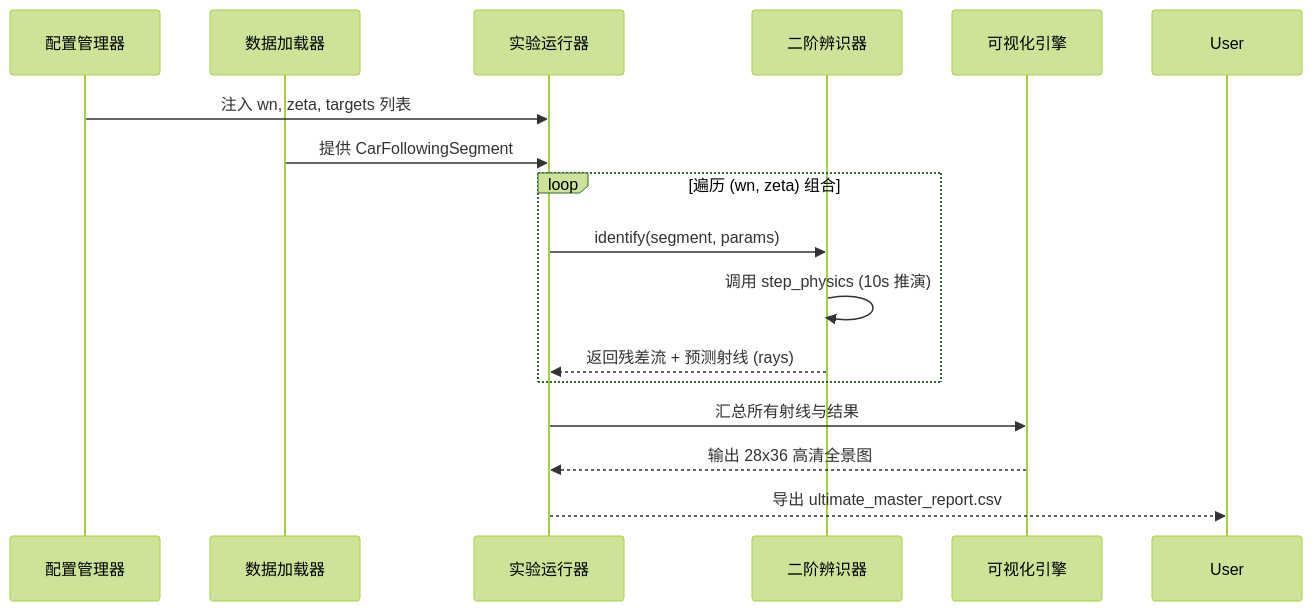
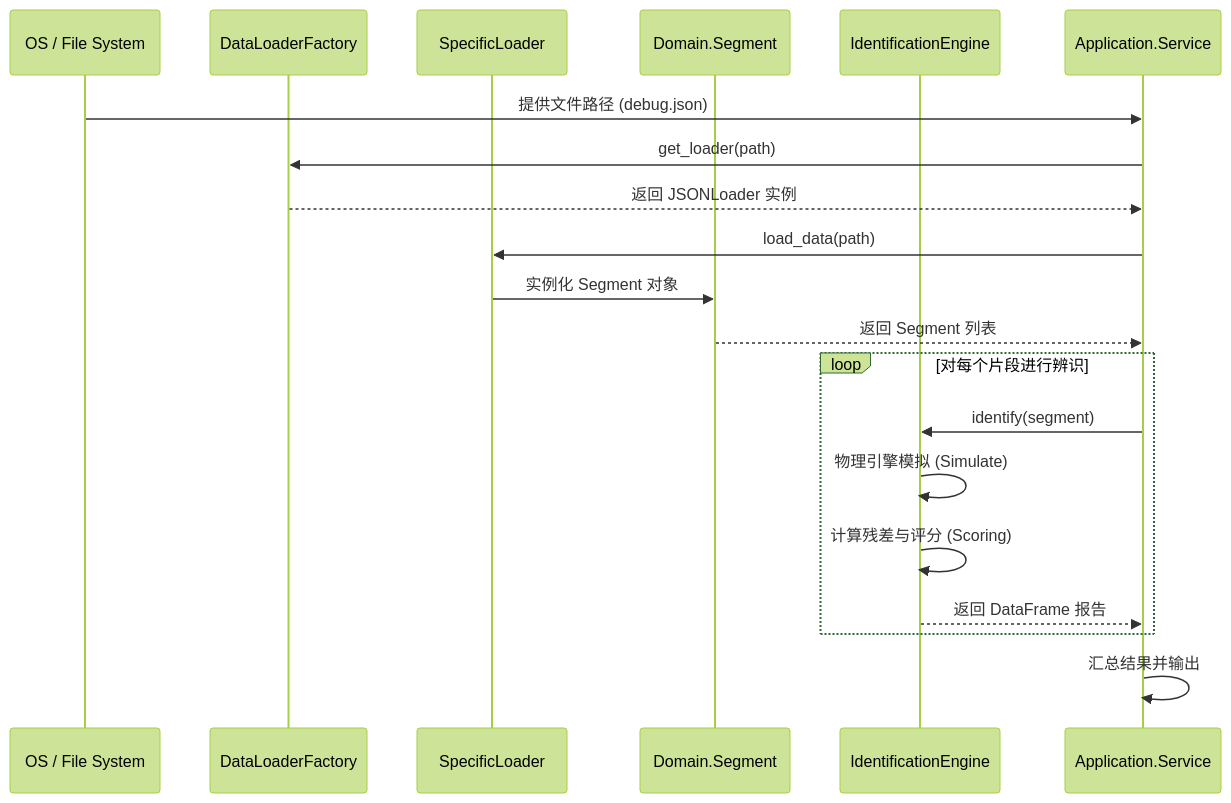
One commit to pokemonAndCodeMaster/DriveStyle changed the second of 2 diagrams in .mini-wiki/wiki/architecture.md. Above: the diagram before and after it, drawn with Mermaid (forest theme). The commit also changed other lines of this file and 12 other files, not shown here.

````diff
--- a/.mini-wiki/wiki/architecture.md
+++ b/.mini-wiki/wiki/architecture.md
@@ -30,21 +120,23 @@
 ```mermaid
 sequenceDiagram
-    participant Config as 配置管理器
-    participant Data as 数据加载器
-    participant Runner as 实验运行器
-    participant Algo as 二阶辨识器
-    participant Viz as 可视化引擎
+    participant OS as OS / File System
+    participant Factory as DataLoaderFactory
+    participant Loader as SpecificLoader
+    participant Segment as Domain.Segment
+    participant Engine as IdentificationEngine
+    participant Service as Application.Service
 
-    Config->>Runner: 注入 wn, zeta, targets 列表
-    Data->>Runner: 提供 CarFollowingSegment
-    
-    loop 遍历 (wn, zeta) 组合
-        Runner->>Algo: identify(segment, params)
-        Algo->>Algo: 调用 step_physics (10s 推演)
-        Algo-->>Runner: 返回残差流 + 预测射线 (rays)
+    OS ->> Service: 提供文件路径 (debug.json)
+    Service ->> Factory: get_loader(path)
+    Factory -->> Service: 返回 JSONLoader 实例
+    Service ->> Loader: load_data(path)
+    Loader ->> Segment: 实例化 Segment 对象
+    Segment -->> Service: 返回 Segment 列表
+    loop 对每个片段进行辨识
+        Service ->> Engine: identify(segment)
+        Engine ->> Engine: 物理引擎模拟 (Simulate)
+        Engine ->> Engine: 计算残差与评分 (Scoring)
+        Engine -->> Service: 返回 DataFrame 报告
     end
-    
-    Runner->>Viz: 汇总所有射线与结果
-    Viz-->>Runner: 输出 28x36 高清全景图
-    Runner-->>User: 导出 ultimate_master_report.csv
+    Service ->> Service: 汇总结果并输出
 ```
````
